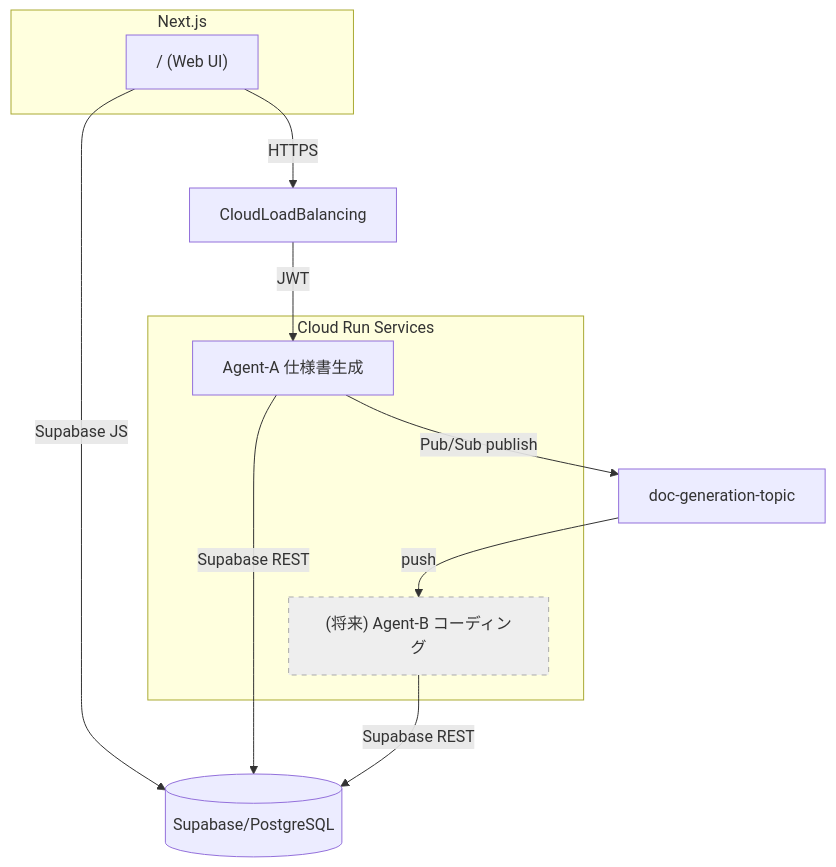
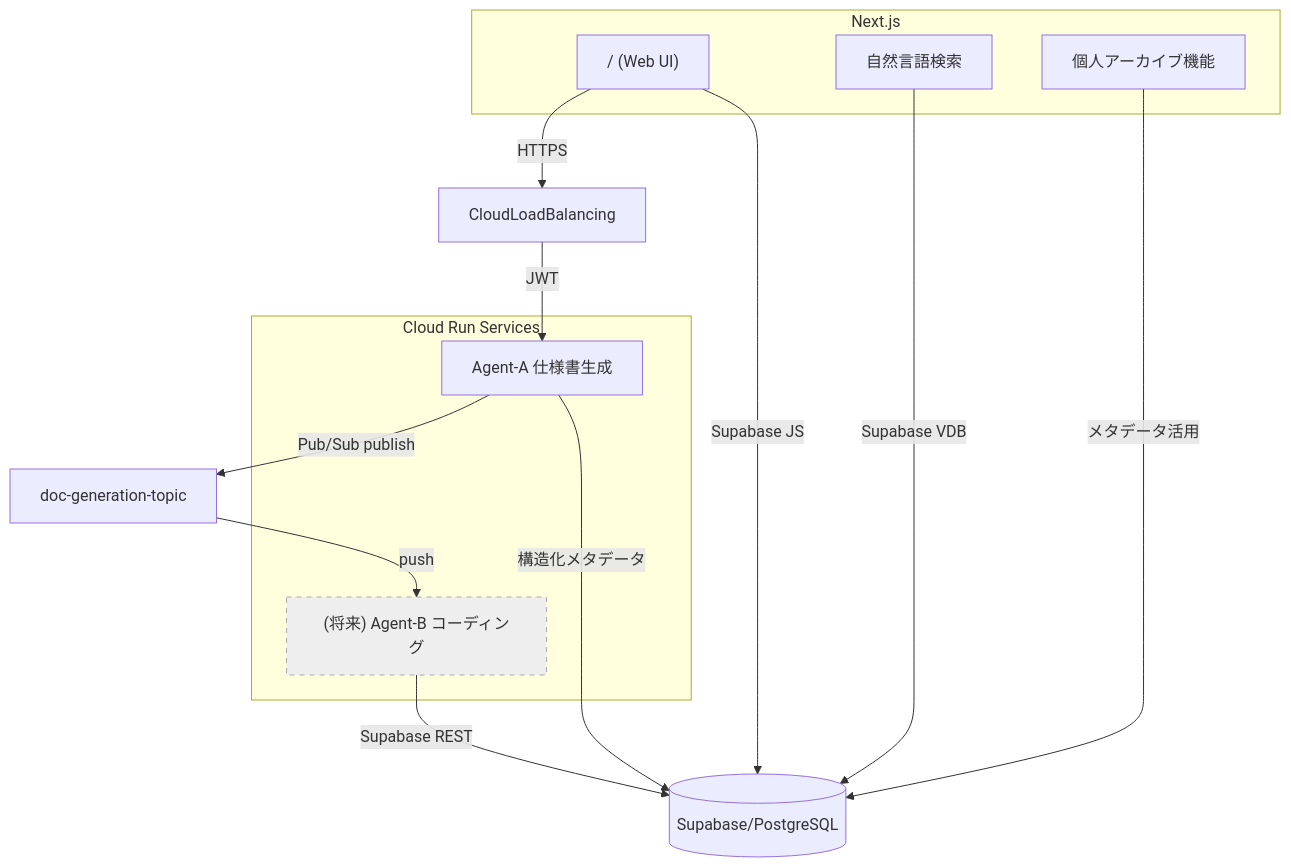
The diagram in README.md (tsubouchi/intelligence-agent-maker), drawn with Mermaid before and after one commit. The commit also changed other lines of this file and 35 other files, not shown here.

````diff
--- a/README.md
+++ b/README.md
@@ -11,24 +22,28 @@
 ```mermaid
 graph TD
     subgraph Frontend [Next.js]
         FE["/ (Web UI)"]
+        Search["自然言語検索"]
+        Archive["個人アーカイブ機能"]
     end
 
     subgraph Cloud Run Services
         A["Agent‑A 仕様書生成"]
         B["(将来) Agent‑B コーディング"]
     end
 
     FE -- HTTPS --> CloudLoadBalancing
     CloudLoadBalancing -- JWT --> A
     FE -- Supabase JS --> DB[(Supabase/PostgreSQL)]
+    Search -- Supabase VDB --> DB
+    Archive -- メタデータ活用 --> DB
 
     A -- Pub/Sub publish --> T1[doc-generation-topic]
     T1 -- push --> B
 
-    A -- Supabase REST --> DB
+    A -- 構造化メタデータ --> DB
     B -- Supabase REST --> DB
 
     classDef future fill:#eee,stroke:#aaa,stroke-dasharray: 5 5;
     B:::future
 ```
````
